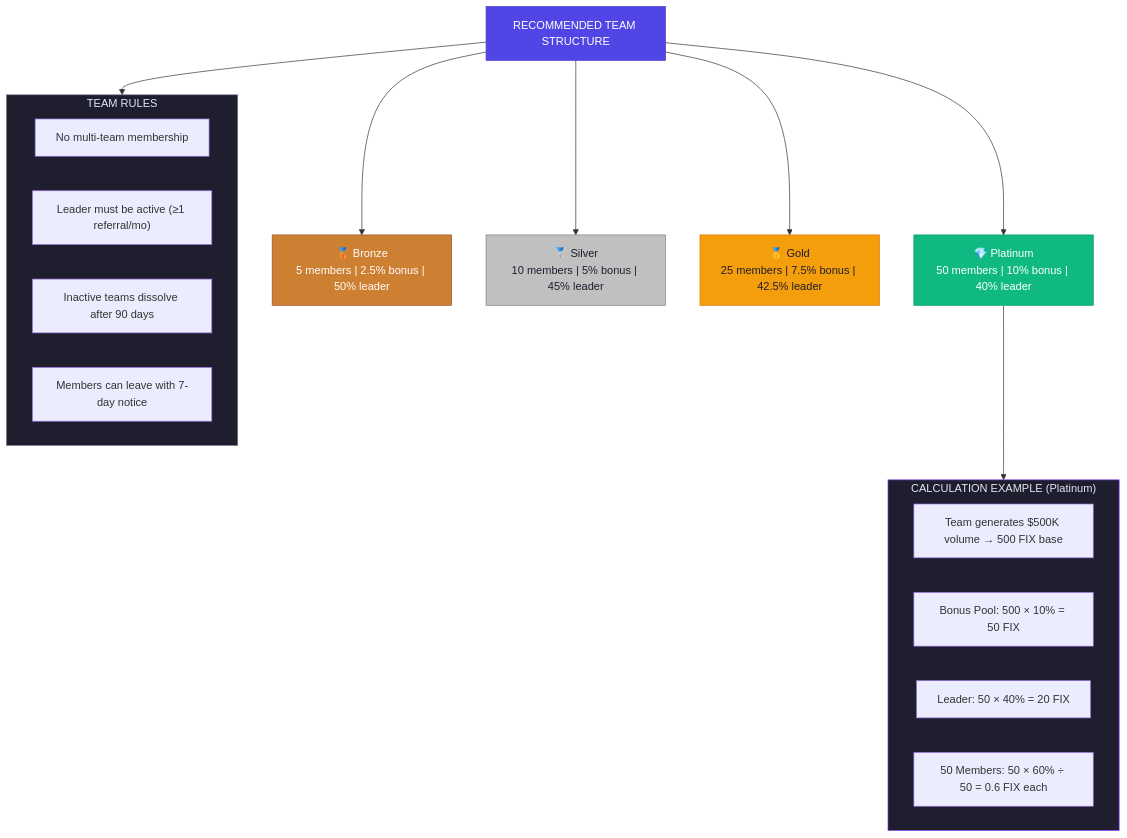
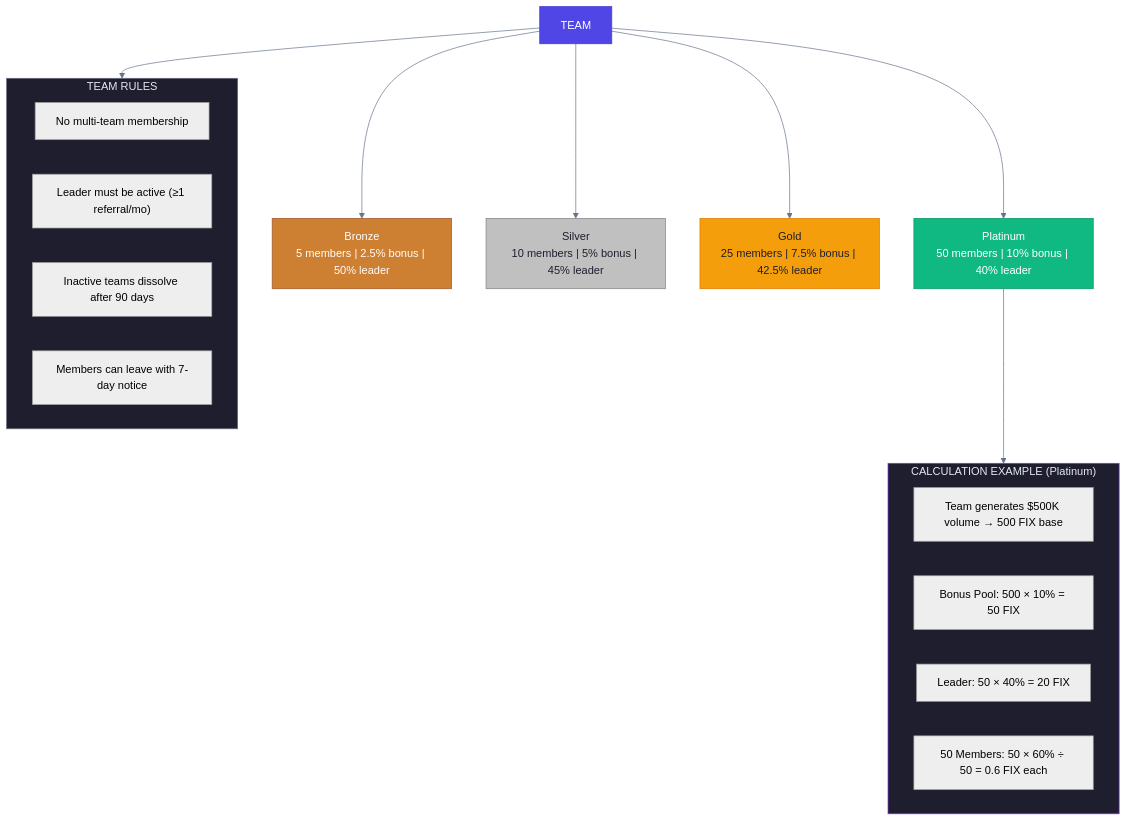
Before and after one commit to guglxni/the-fixer-hook: the sixth of 11 diagrams in docs/MARKET_SENTIMENT_ANALYSIS.md, drawn with Mermaid. The commit also changed other lines of this file and 514 other files, not shown here.

Commit message:
Clean docs: remove emojis, add professional mermaid styling

````diff
--- a/docs/MARKET_SENTIMENT_ANALYSIS.md
+++ b/docs/MARKET_SENTIMENT_ANALYSIS.md
@@ -264,33 +248,29 @@
 ```mermaid
+%%{init: {'theme': 'neutral', 'themeVariables': { 'primaryColor': '#2563eb', 'primaryTextColor': '#1e293b', 'primaryBorderColor': '#3b82f6', 'lineColor': '#64748b', 'secondaryColor': '#f1f5f9', 'tertiaryColor': '#e2e8f0'}}}%%
 flowchart TD
-    TEAM["RECOMMENDED TEAM STRUCTURE"]
-    TEAM --> B["🥉 Bronze\n5 members | 2.5% bonus | 50% leader"]
-    TEAM --> S["🥈 Silver\n10 members | 5% bonus | 45% leader"]
-    TEAM --> G["🥇 Gold\n25 members | 7.5% bonus | 42.5% leader"]
-    TEAM --> P["💎 Platinum\n50 members | 10% bonus | 40% leader"]
-
+    TEAM --> B[" Bronze\n5 members | 2.5% bonus | 50% leader"]
+    TEAM --> S[" Silver\n10 members | 5% bonus | 45% leader"]
+    TEAM --> G[" Gold\n25 members | 7.5% bonus | 42.5% leader"]
+    TEAM --> P[" Platinum\n50 members | 10% bonus | 40% leader"]
     subgraph example["CALCULATION EXAMPLE (Platinum)"]
         E1["Team generates $500K volume → 500 FIX base"]
         E2["Bonus Pool: 500 × 10% = 50 FIX"]
         E3["Leader: 50 × 40% = 20 FIX"]
         E4["50 Members: 50 × 60% ÷ 50 = 0.6 FIX each"]
     end
-
     subgraph rules["TEAM RULES"]
         R1["No multi-team membership"]
         R2["Leader must be active (≥1 referral/mo)"]
         R3["Inactive teams dissolve after 90 days"]
         R4["Members can leave with 7-day notice"]
     end
-
     P --> example
     TEAM --> rules
-
     style TEAM fill:#4F46E5,color:#FFFFFF,stroke:#4338CA
     style B fill:#CD7F32,color:#FFFFFF,stroke:#A0522D
     style S fill:#C0C0C0,color:#1E1E2E,stroke:#808080
     style G fill:#F59E0B,color:#1E1E2E,stroke:#D97706
     style P fill:#10B981,color:#FFFFFF,stroke:#059669
     style example fill:#1E1E2E,color:#E2E8F0,stroke:#7C3AED
     style rules fill:#1E1E2E,color:#E2E8F0,stroke:#6B7280
 ```
````
